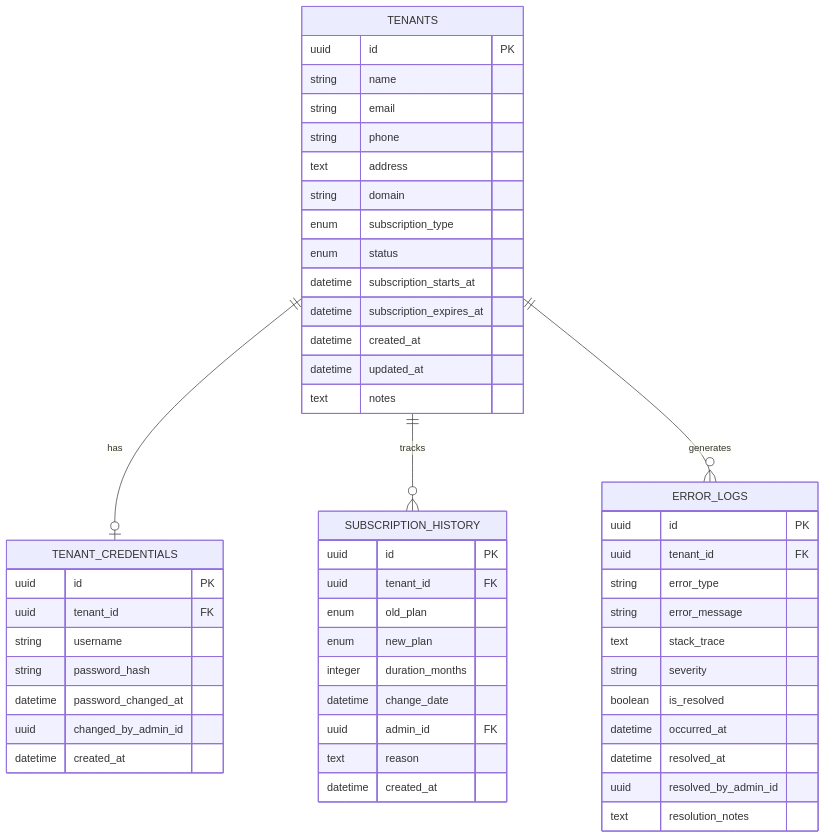
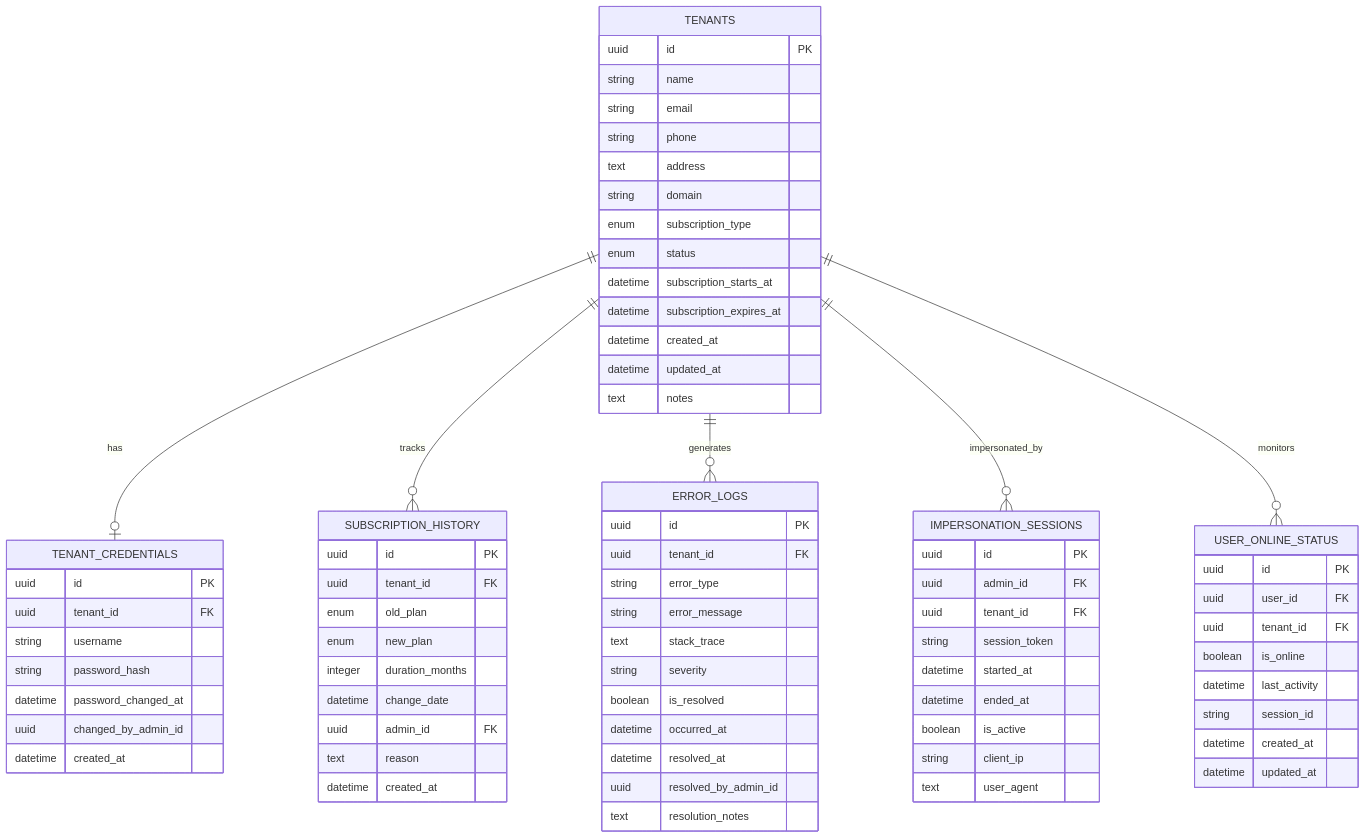
One commit to m1ndvortex/multi-tenant changed the second of 2 diagrams in .kiro/specs/ui-ux-tenant-enhancements/design.md. Above: the diagram before and after it, drawn with Mermaid. The commit also changed other lines of this file and 5 other files, not shown here.

````diff
--- a/.kiro/specs/ui-ux-tenant-enhancements/design.md
+++ b/.kiro/specs/ui-ux-tenant-enhancements/design.md
@@ -116,7 +124,32 @@
         text resolution_notes
     }
     
+    IMPERSONATION_SESSIONS {
+        uuid id PK
+        uuid admin_id FK
+        uuid tenant_id FK
+        string session_token
+        datetime started_at
+        datetime ended_at
+        boolean is_active
+        string client_ip
+        text user_agent
+    }
+    
+    USER_ONLINE_STATUS {
+        uuid id PK
+        uuid user_id FK
+        uuid tenant_id FK
+        boolean is_online
+        datetime last_activity
+        string session_id
+        datetime created_at
+        datetime updated_at
+    }
+    
     TENANTS ||--o| TENANT_CREDENTIALS : has
     TENANTS ||--o{ SUBSCRIPTION_HISTORY : tracks
     TENANTS ||--o{ ERROR_LOGS : generates
+    TENANTS ||--o{ IMPERSONATION_SESSIONS : impersonated_by
+    TENANTS ||--o{ USER_ONLINE_STATUS : monitors
 ```
````
